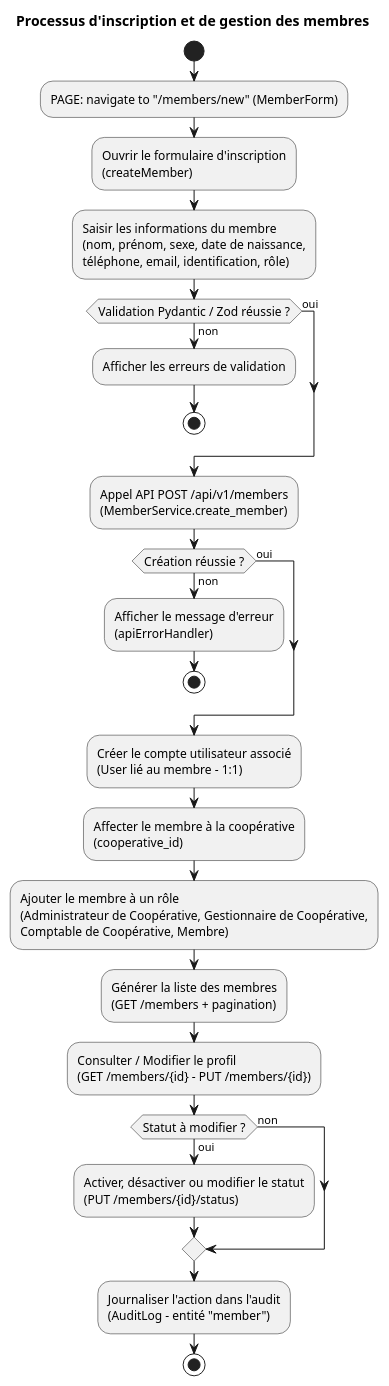
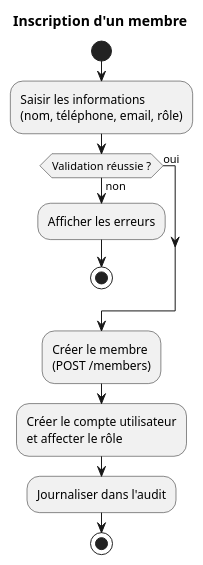
Before and after one commit to louvinx/sysgeca_documentation: the diagram in puml/figure04_processus_inscription_membres.puml, drawn with PlantUML. The commit also changed 12 other files, not shown here.

```diff
--- a/puml/figure04_processus_inscription_membres.puml
+++ b/puml/figure04_processus_inscription_membres.puml
@@ -1,46 +1,17 @@
 @startuml
-title Processus d'inscription et de gestion des membres
+title Inscription d'un membre
 
 skinparam shadowing false
-skinparam activityDiamondFontSize 12
 
 start
-:PAGE: navigate to "/members/new" (MemberForm);
-
-:Ouvrir le formulaire d'inscription\n(createMember);
-
-:Saisir les informations du membre\n(nom, prénom, sexe, date de naissance,\ntéléphone, email, identification, rôle);
-
-if (Validation Pydantic / Zod réussie ?) then (non)
-  :Afficher les erreurs de validation;
+:Saisir les informations\n(nom, téléphone, email, rôle);
+if (Validation réussie ?) then (non)
+  :Afficher les erreurs;
   stop
 else (oui)
 endif
-
-:Appel API POST /api/v1/members\n(MemberService.create_member);
-
-if (Création réussie ?) then (non)
-  :Afficher le message d'erreur\n(apiErrorHandler);
-  stop
-else (oui)
-endif
-
-:Créer le compte utilisateur associé\n(User lié au membre - 1:1);
-
-:Affecter le membre à la coopérative\n(cooperative_id);
-
-:Ajouter le membre à un rôle\n(Administrateur de Coopérative, Gestionnaire de Coopérative,\nComptable de Coopérative, Membre);
-
-:Générer la liste des membres\n(GET /members + pagination);
-
-:Consulter / Modifier le profil\n(GET /members/{id} - PUT /members/{id});
-
-if (Statut à modifier ?) then (oui)
-  :Activer, désactiver ou modifier le statut\n(PUT /members/{id}/status);
-else (non)
-endif
-
-:Journaliser l'action dans l'audit\n(AuditLog - entité "member");
-
+:Créer le membre\n(POST /members);
+:Créer le compte utilisateur\net affecter le rôle;
+:Journaliser dans l'audit;
 stop
 @enduml
```
